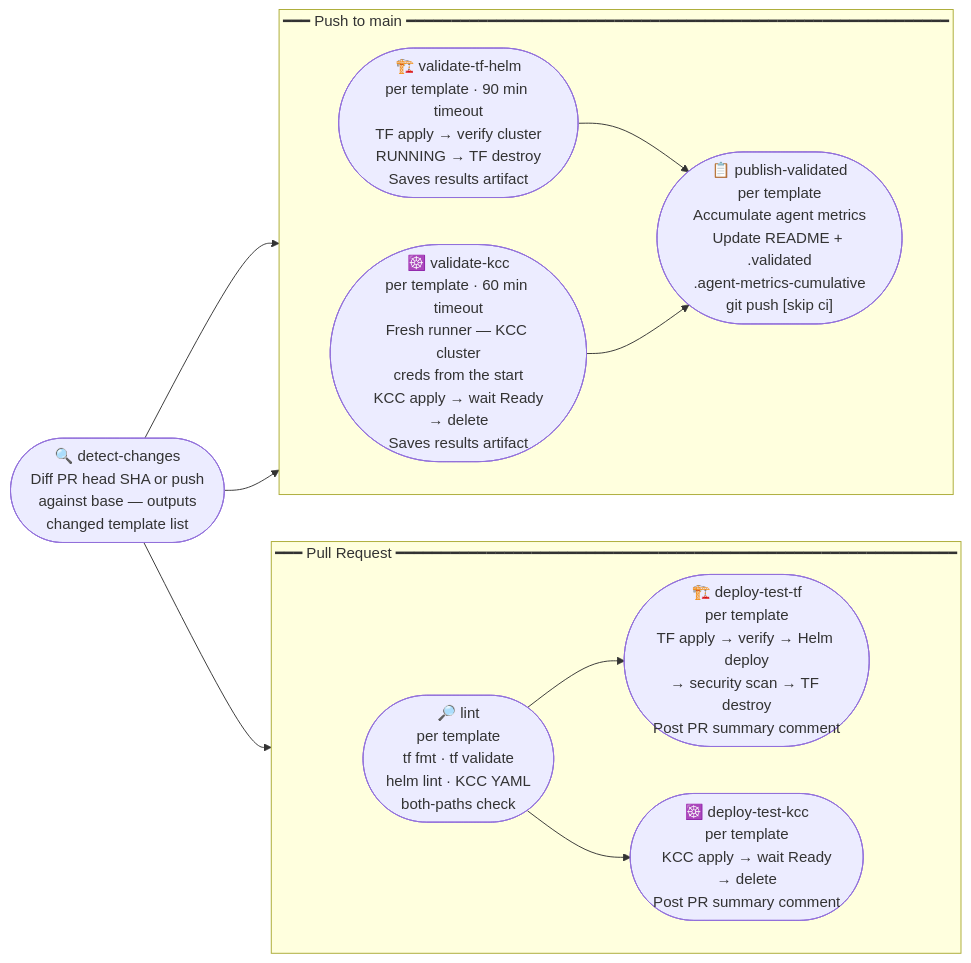
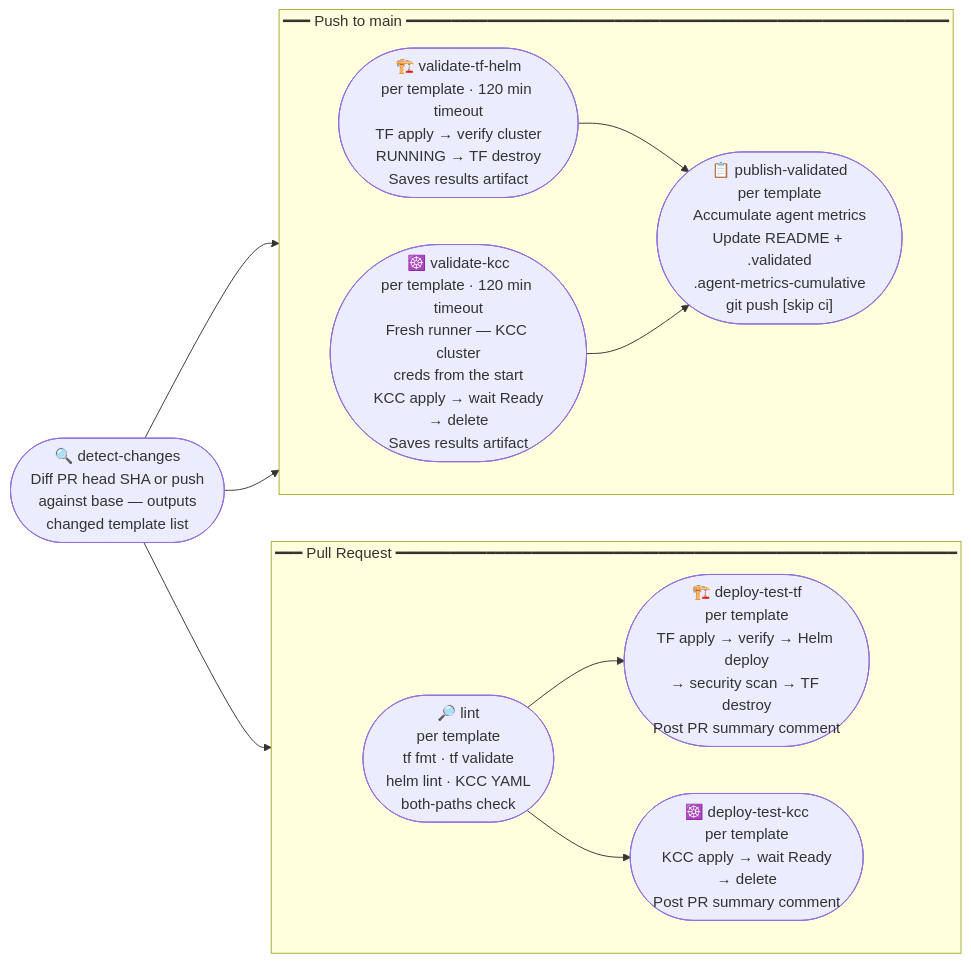
The second of 3 diagrams in README.md (fkc1e100/gcp-template-forge), drawn with Mermaid before and after one commit. The commit also changed 2 other files, not shown here.

Commit message:
ci: increase KCC validation timeout to 100 min and wait to 90 min
The KCC validation job in ci-pr-validation.yml had a 60-minute timeout, but some resources can take up to 90 minutes to become ready. This caused the job to be killed by GitHub Actions before completion.

This change:
- Increases timeout-minutes to 100 for kcc-validation job in ci-pr-validation.yml.
- Increases kubectl wait timeout to 5400s (90 minutes) in both ci-pr-validation.yml and ci-post-merge.yml.
- Updates README.md Mermaid diagram to reflect the 120-minute post-merge timeouts.

Fixes #101

Generated by Overseer (powered by the gemini-3-flash-preview model).

````diff
--- a/README.md
+++ b/README.md
@@ -76,26 +76,26 @@
 ```mermaid
 flowchart LR
     DC(["🔍 detect-changes\nDiff PR head SHA or push\nagainst base — outputs\nchanged template list"])
 
     subgraph pr ["━━━  Pull Request  ━━━━━━━━━━━━━━━━━━━━━━━━━━━━━━━━━━━━━━━━━━━━━━━━━━━━━━━━━━━━━━"]
         direction LR
         L(["🔎 lint\nper template\ntf fmt · tf validate\nhelm lint · KCC YAML\nboth-paths check"])
         DTTF(["🏗️ deploy-test-tf\nper template\nTF apply → verify → Helm deploy\n→ security scan → TF destroy\nPost PR summary comment"])
         DTKCC(["☸️ deploy-test-kcc\nper template\nKCC apply → wait Ready\n→ delete\nPost PR summary comment"])
     end
 
     subgraph push ["━━━  Push to main  ━━━━━━━━━━━━━━━━━━━━━━━━━━━━━━━━━━━━━━━━━━━━━━━━━━━━━━━━━━━━"]
         direction LR
-        VTH(["🏗️ validate-tf-helm\nper template · 90 min timeout\nTF apply → verify cluster\nRUNNING → TF destroy\nSaves results artifact"])
-        VKCC(["☸️ validate-kcc\nper template · 60 min timeout\nFresh runner — KCC cluster\ncreds from the start\nKCC apply → wait Ready\n→ delete\nSaves results artifact"])
+        VTH(["🏗️ validate-tf-helm\nper template · 120 min timeout\nTF apply → verify cluster\nRUNNING → TF destroy\nSaves results artifact"])
+        VKCC(["☸️ validate-kcc\nper template · 120 min timeout\nFresh runner — KCC cluster\ncreds from the start\nKCC apply → wait Ready\n→ delete\nSaves results artifact"])
         PUB(["📋 publish-validated\nper template\nAccumulate agent metrics\nUpdate README + .validated\n.agent-metrics-cumulative\ngit push [skip ci]"])
     end
 
     DC --> L
     L --> DTTF
     L --> DTKCC
     DC --> VTH
     DC --> VKCC
     VTH --> PUB
     VKCC --> PUB
 ```
````
